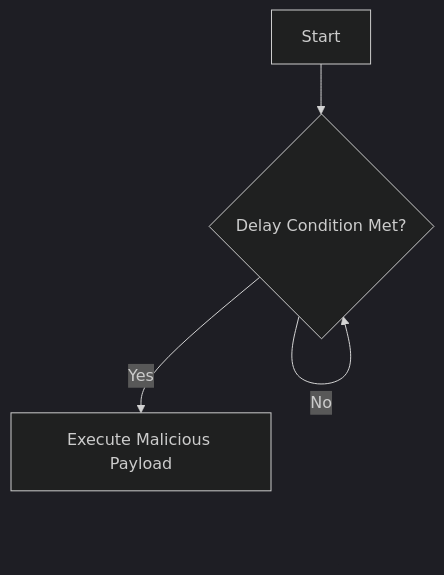
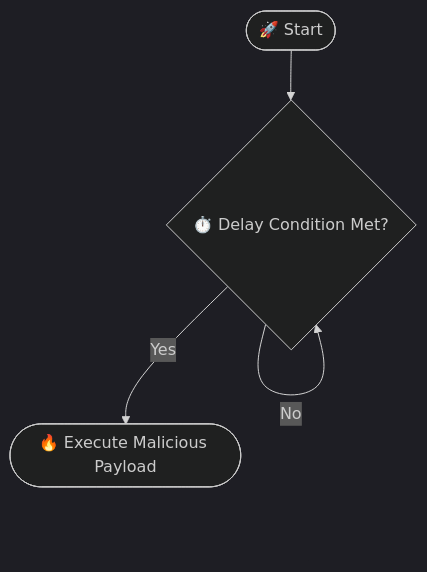
One commit to mranonymous011000001/just-testing-out changed the second of 2 diagrams in content/blog/test.md. Above: the diagram before and after it, drawn with Mermaid (dark theme). The commit also changed other lines of this file, not shown here.

````diff
--- a/content/blog/test.md
+++ b/content/blog/test.md
@@ -295,6 +287,7 @@
 ```mermaid
-graph TD
-    A[Start] --> B{Delay Condition Met?}
+%% Enhanced Delay Execution Diagram
+flowchart TD
+    A([🚀 Start]) --> B{⏱️ Delay Condition Met?}
     B -- No --> B
-    B -- Yes --> C[Execute Malicious Payload]
+    B -- Yes --> C([🔥 Execute Malicious Payload])
 ```
````
